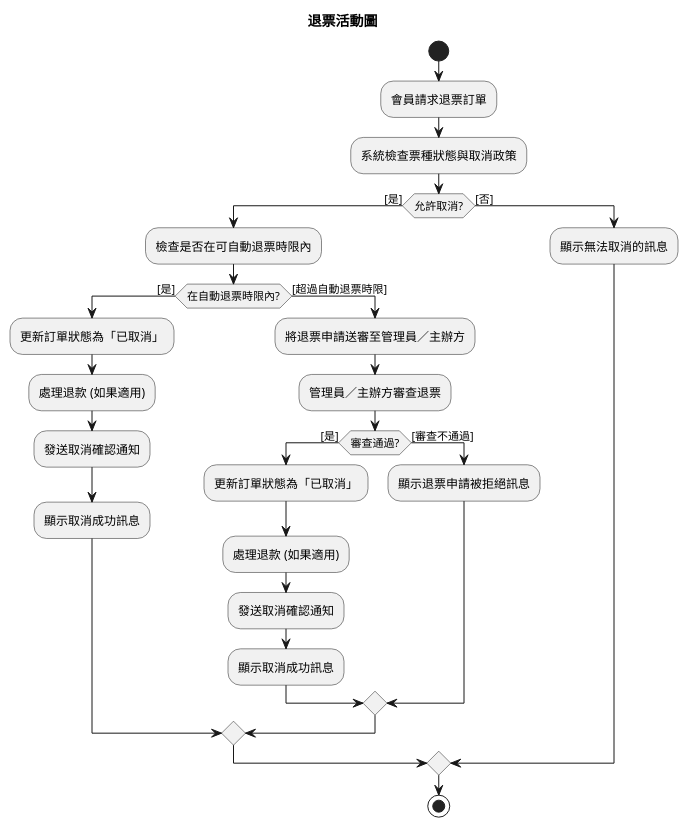
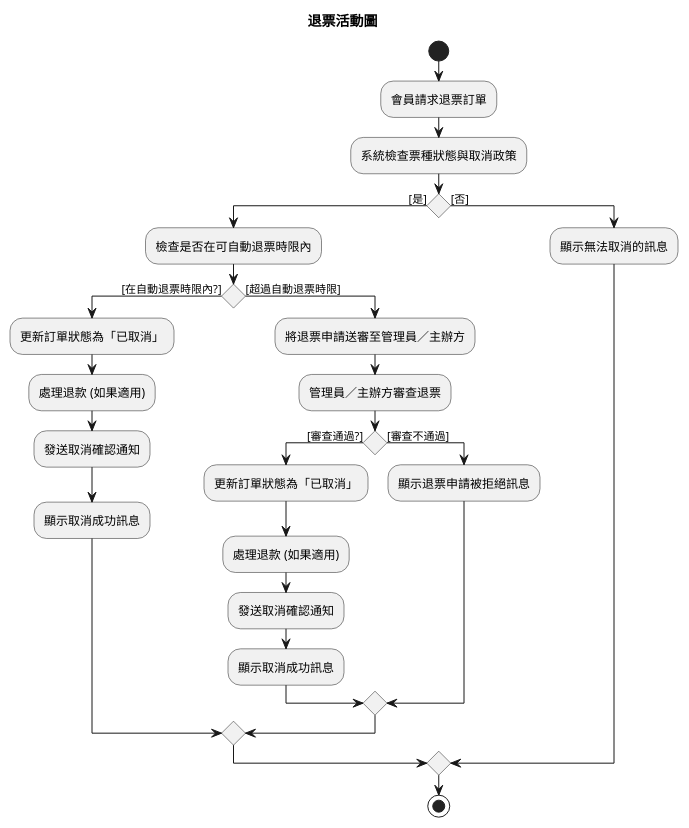
One commit to vaso0130/Ticket-system changed diagram 21 of 28 in uml_diagrams.md. Above: the diagram before and after it, drawn with PlantUML. The commit also changed other lines of this file, not shown here.

Commit message:
重構UML圖，調整用例圖方向及角色定義，改善活動圖邏輯，並優化類別繼承結構

````diff
--- a/uml_diagrams.md
+++ b/uml_diagrams.md
@@ -481,39 +497,39 @@
 ```plantuml
 @startuml activity
 title 退票活動圖
 
 start
 
 :會員請求退票訂單;
 :系統檢查票種狀態與取消政策;
 
-if (允許取消?) then ([是])
+if () then ([是])
 
   :檢查是否在可自動退票時限內;
 
-  if (在自動退票時限內?) then ([是])
+  if () then ([在自動退票時限內?])
     :更新訂單狀態為「已取消」;
     :處理退款 (如果適用);
     :發送取消確認通知;
     :顯示取消成功訊息;
   else ([超過自動退票時限])
     :將退票申請送審至管理員／主辦方;
     :管理員／主辦方審查退票;
-    if (審查通過?) then ([是])
+    if () then ([審查通過?])
       :更新訂單狀態為「已取消」;
       :處理退款 (如果適用);
       :發送取消確認通知;
       :顯示取消成功訊息;
     else ([審查不通過])
       :顯示退票申請被拒絕訊息;
     endif
   endif
 
 else ([否])
   :顯示無法取消的訊息;
 endif
 
 stop
 
 @enduml
 ```
````
